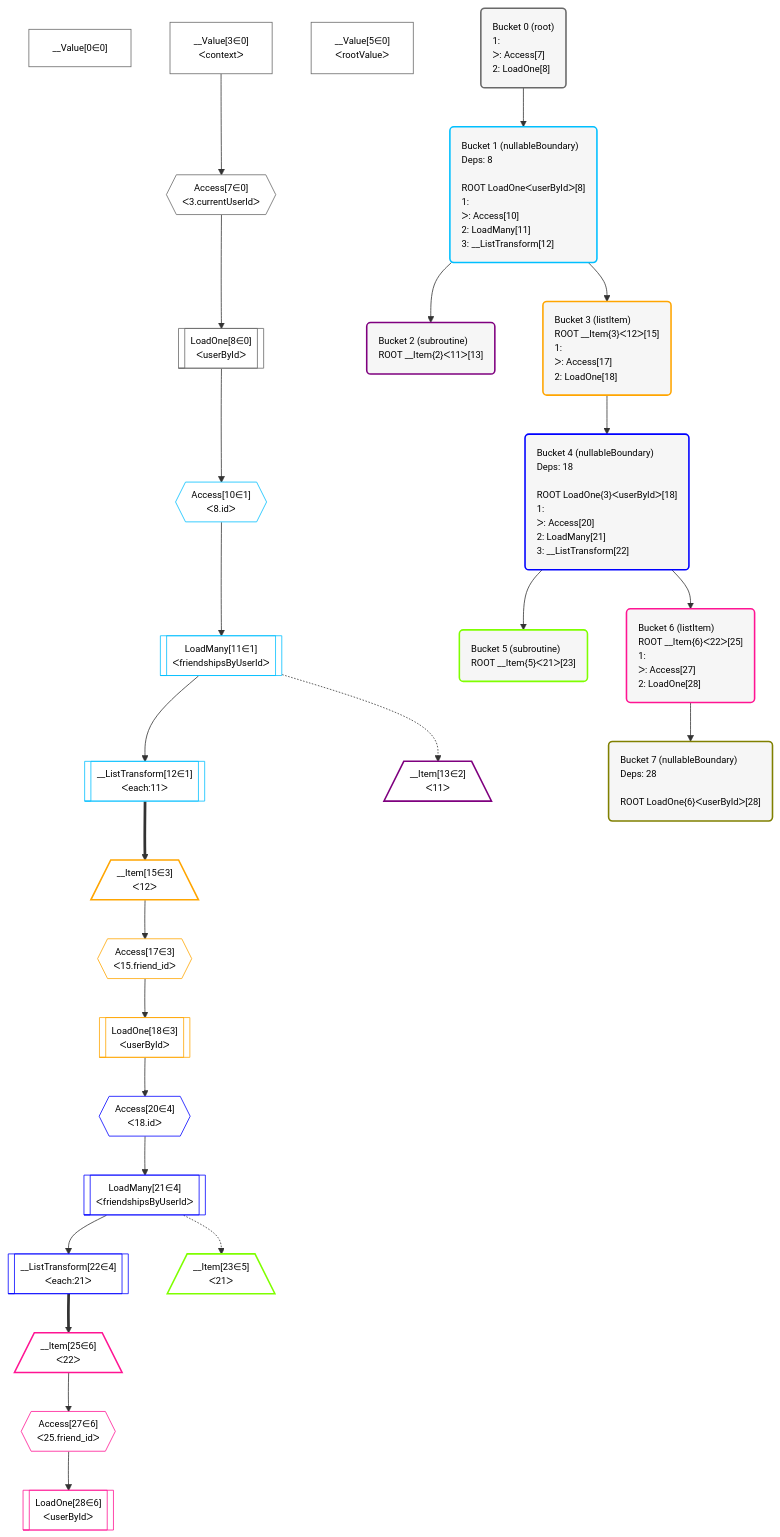
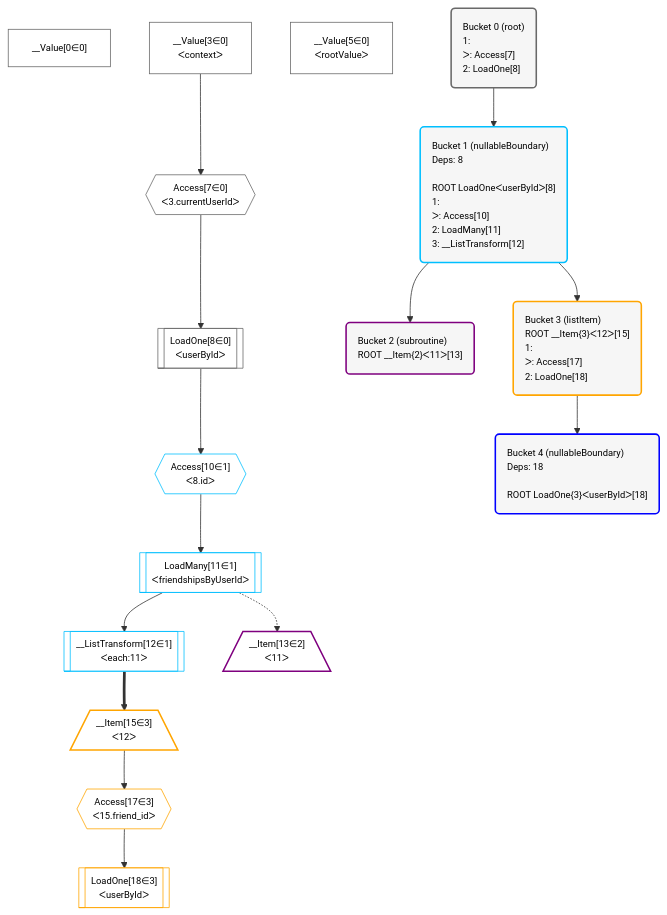
Before and after one commit to graphile/crystal: the diagram in grafast/website/examples/users-and-friends/plan.mermaid, drawn with Mermaid. The commit also changed 5 other files, not shown here.

```diff
--- a/grafast/website/examples/users-and-friends/plan.mermaid
+++ b/grafast/website/examples/users-and-friends/plan.mermaid
@@ -1,78 +1,53 @@
 %%{init: {'themeVariables': { 'fontSize': '12px'}}}%%
 flowchart TD
     classDef path fill:#eee,stroke:#000,color:#000
     classDef plan fill:#fff,stroke-width:1px,color:#000
     classDef itemplan fill:#fff,stroke-width:2px,color:#000
     classDef unbatchedplan fill:#dff,stroke-width:1px,color:#000
     classDef sideeffectplan fill:#fcc,stroke-width:2px,color:#000
     classDef bucket fill:#f6f6f6,color:#000,stroke-width:2px,text-align:left
 
 
     %% define steps
     __Value0["__Value[0∈0]"]:::plan
     __Value3["__Value[3∈0]<br />ᐸcontextᐳ"]:::plan
     __Value5["__Value[5∈0]<br />ᐸrootValueᐳ"]:::plan
     Access7{{"Access[7∈0]<br />ᐸ3.currentUserIdᐳ"}}:::plan
     LoadOne8[["LoadOne[8∈0]<br />ᐸuserByIdᐳ"]]:::plan
     Access10{{"Access[10∈1]<br />ᐸ8.idᐳ"}}:::plan
     LoadMany11[["LoadMany[11∈1]<br />ᐸfriendshipsByUserIdᐳ"]]:::plan
     __ListTransform12[["__ListTransform[12∈1]<br />ᐸeach:11ᐳ"]]:::plan
     __Item13[/"__Item[13∈2]<br />ᐸ11ᐳ"\]:::itemplan
     __Item15[/"__Item[15∈3]<br />ᐸ12ᐳ"\]:::itemplan
     Access17{{"Access[17∈3]<br />ᐸ15.friend_idᐳ"}}:::plan
     LoadOne18[["LoadOne[18∈3]<br />ᐸuserByIdᐳ"]]:::plan
-    Access20{{"Access[20∈4]<br />ᐸ18.idᐳ"}}:::plan
-    LoadMany21[["LoadMany[21∈4]<br />ᐸfriendshipsByUserIdᐳ"]]:::plan
-    __ListTransform22[["__ListTransform[22∈4]<br />ᐸeach:21ᐳ"]]:::plan
-    __Item23[/"__Item[23∈5]<br />ᐸ21ᐳ"\]:::itemplan
-    __Item25[/"__Item[25∈6]<br />ᐸ22ᐳ"\]:::itemplan
-    Access27{{"Access[27∈6]<br />ᐸ25.friend_idᐳ"}}:::plan
-    LoadOne28[["LoadOne[28∈6]<br />ᐸuserByIdᐳ"]]:::plan
 
     %% plan dependencies
     __Value3 --> Access7
     Access7 --> LoadOne8
     LoadOne8 --> Access10
     Access10 --> LoadMany11
     LoadMany11 --> __ListTransform12
     LoadMany11 -.-> __Item13
     __ListTransform12 ==> __Item15
     __Item15 --> Access17
     Access17 --> LoadOne18
-    LoadOne18 --> Access20
-    Access20 --> LoadMany21
-    LoadMany21 --> __ListTransform22
-    LoadMany21 -.-> __Item23
-    __ListTransform22 ==> __Item25
-    __Item25 --> Access27
-    Access27 --> LoadOne28
 
     Bucket0("Bucket 0 (root)<br />1: <br />ᐳ: Access[7]<br />2: LoadOne[8]"):::bucket
     classDef bucket0 stroke:#696969
     class Bucket0,__Value0,__Value3,__Value5,Access7,LoadOne8 bucket0
     Bucket1("Bucket 1 (nullableBoundary)<br />Deps: 8<br /><br />ROOT LoadOneᐸuserByIdᐳ[8]<br />1: <br />ᐳ: Access[10]<br />2: LoadMany[11]<br />3: __ListTransform[12]"):::bucket
     classDef bucket1 stroke:#00bfff
     class Bucket1,Access10,LoadMany11,__ListTransform12 bucket1
     Bucket2("Bucket 2 (subroutine)<br />ROOT __Item{2}ᐸ11ᐳ[13]"):::bucket
     classDef bucket2 stroke:#7f007f
     class Bucket2,__Item13 bucket2
     Bucket3("Bucket 3 (listItem)<br />ROOT __Item{3}ᐸ12ᐳ[15]<br />1: <br />ᐳ: Access[17]<br />2: LoadOne[18]"):::bucket
     classDef bucket3 stroke:#ffa500
     class Bucket3,__Item15,Access17,LoadOne18 bucket3
-    Bucket4("Bucket 4 (nullableBoundary)<br />Deps: 18<br /><br />ROOT LoadOne{3}ᐸuserByIdᐳ[18]<br />1: <br />ᐳ: Access[20]<br />2: LoadMany[21]<br />3: __ListTransform[22]"):::bucket
+    Bucket4("Bucket 4 (nullableBoundary)<br />Deps: 18<br /><br />ROOT LoadOne{3}ᐸuserByIdᐳ[18]"):::bucket
     classDef bucket4 stroke:#0000ff
-    class Bucket4,Access20,LoadMany21,__ListTransform22 bucket4
-    Bucket5("Bucket 5 (subroutine)<br />ROOT __Item{5}ᐸ21ᐳ[23]"):::bucket
-    classDef bucket5 stroke:#7fff00
-    class Bucket5,__Item23 bucket5
-    Bucket6("Bucket 6 (listItem)<br />ROOT __Item{6}ᐸ22ᐳ[25]<br />1: <br />ᐳ: Access[27]<br />2: LoadOne[28]"):::bucket
-    classDef bucket6 stroke:#ff1493
-    class Bucket6,__Item25,Access27,LoadOne28 bucket6
-    Bucket7("Bucket 7 (nullableBoundary)<br />Deps: 28<br /><br />ROOT LoadOne{6}ᐸuserByIdᐳ[28]"):::bucket
-    classDef bucket7 stroke:#808000
-    class Bucket7 bucket7
+    class Bucket4 bucket4
     Bucket0 --> Bucket1
     Bucket1 --> Bucket2 & Bucket3
     Bucket3 --> Bucket4
-    Bucket4 --> Bucket5 & Bucket6
-    Bucket6 --> Bucket7
```
